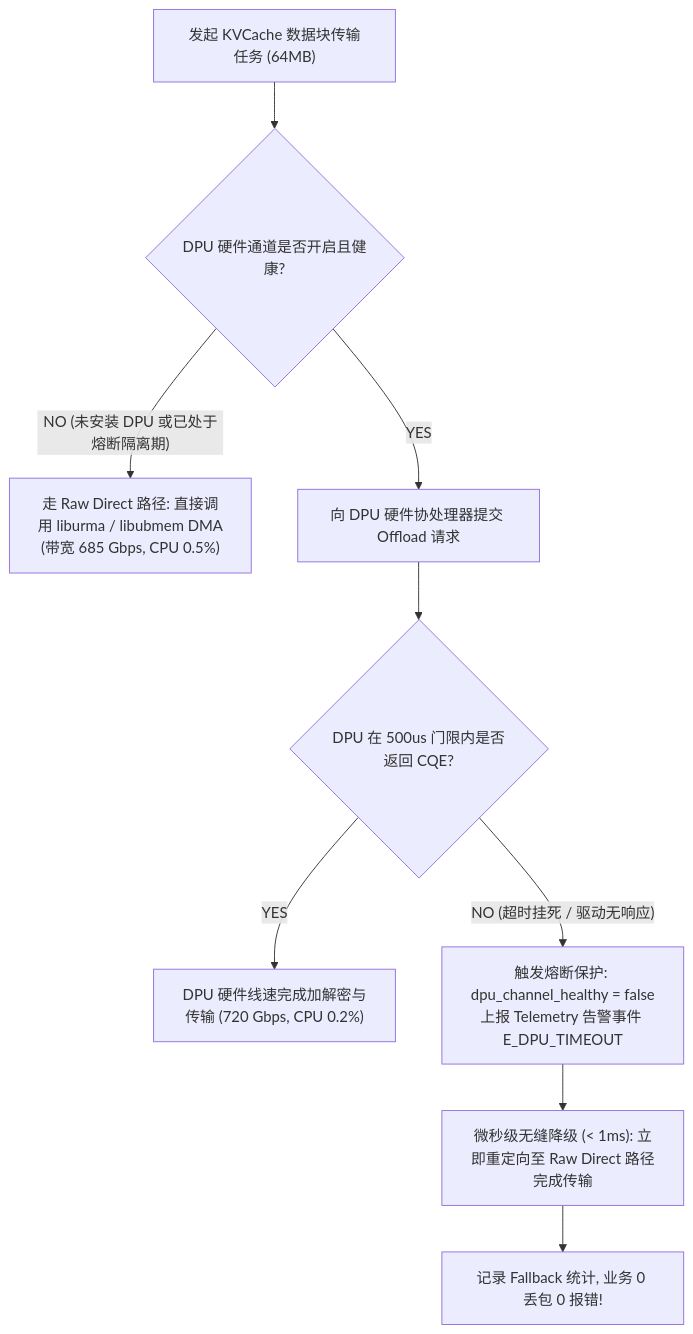
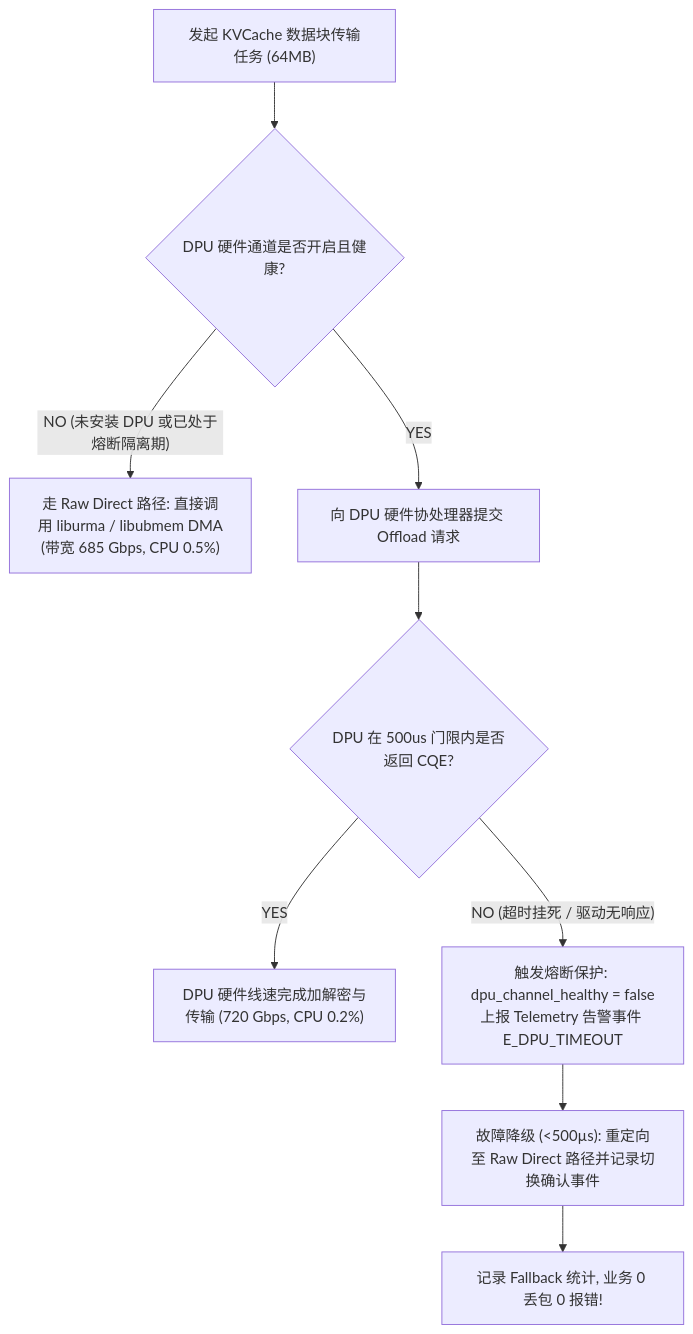
Before and after one commit to stonetree/reports: the diagram in kvcache/unified_kv_memory/提前验证方案设计/验证计划方案设计/10_PVT-09_DPU硬件安全与算力卸载加速与双轨协同验证实施方案设计.md, drawn with Mermaid. The commit also changed other lines of this file and 43 other files, not shown here.

````diff
--- a/kvcache/unified_kv_memory/提前验证方案设计/验证计划方案设计/10_PVT-09_DPU硬件安全与算力卸载加速与双轨协同验证实施方案设计.md
+++ b/kvcache/unified_kv_memory/提前验证方案设计/验证计划方案设计/10_PVT-09_DPU硬件安全与算力卸载加速与双轨协同验证实施方案设计.md
@@ -65,12 +67,12 @@
 ```mermaid
 flowchart TD
     Req["发起 KVCache 数据块传输任务 (64MB)"] --> CheckDPU{"DPU 硬件通道是否开启且健康?"}
     CheckDPU -- "NO (未安装 DPU 或已处于熔断隔离期)" --> SendRaw["走 Raw Direct 路径: 直接调用 liburma / libubmem DMA<br/>(带宽 685 Gbps, CPU 0.5%)"]
     CheckDPU -- "YES" --> TryDPU["向 DPU 硬件协处理器提交 Offload 请求"]
     
     TryDPU --> Watchdog{"DPU 在 500us 门限内是否返回 CQE?"}
     Watchdog -- "YES" --> DPU_Done["DPU 硬件线速完成加解密与传输 (720 Gbps, CPU 0.2%)"]
     Watchdog -- "NO (超时挂死 / 驱动无响应)" --> TripCircuit["触发熔断保护: dpu_channel_healthy = false<br/>上报 Telemetry 告警事件 E_DPU_TIMEOUT"]
-    TripCircuit --> Fallback["微秒级无缝降级 (< 1ms): 立即重定向至 Raw Direct 路径完成传输"]
+    TripCircuit --> Fallback["故障降级 (<500µs): 重定向至 Raw Direct 路径并记录切换确认事件"]
     Fallback --> Log["记录 Fallback 统计, 业务 0 丢包 0 报错!"]
 ```
````
